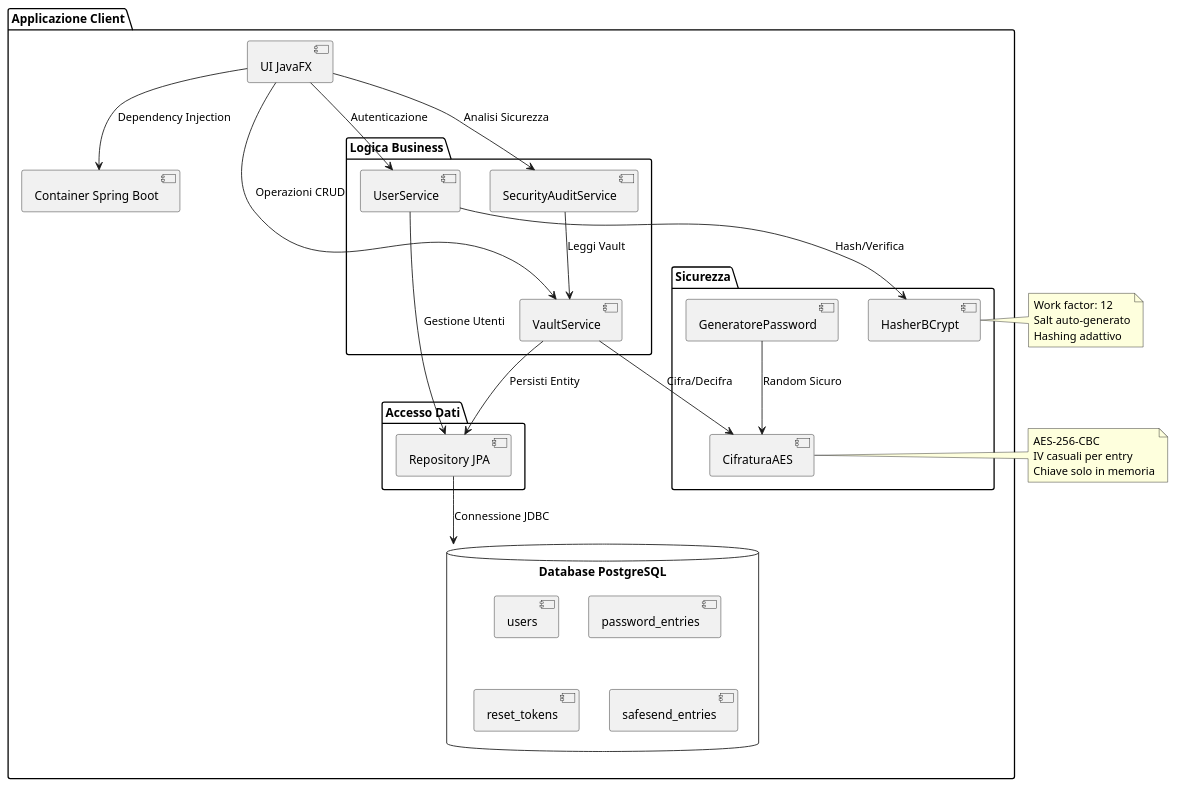
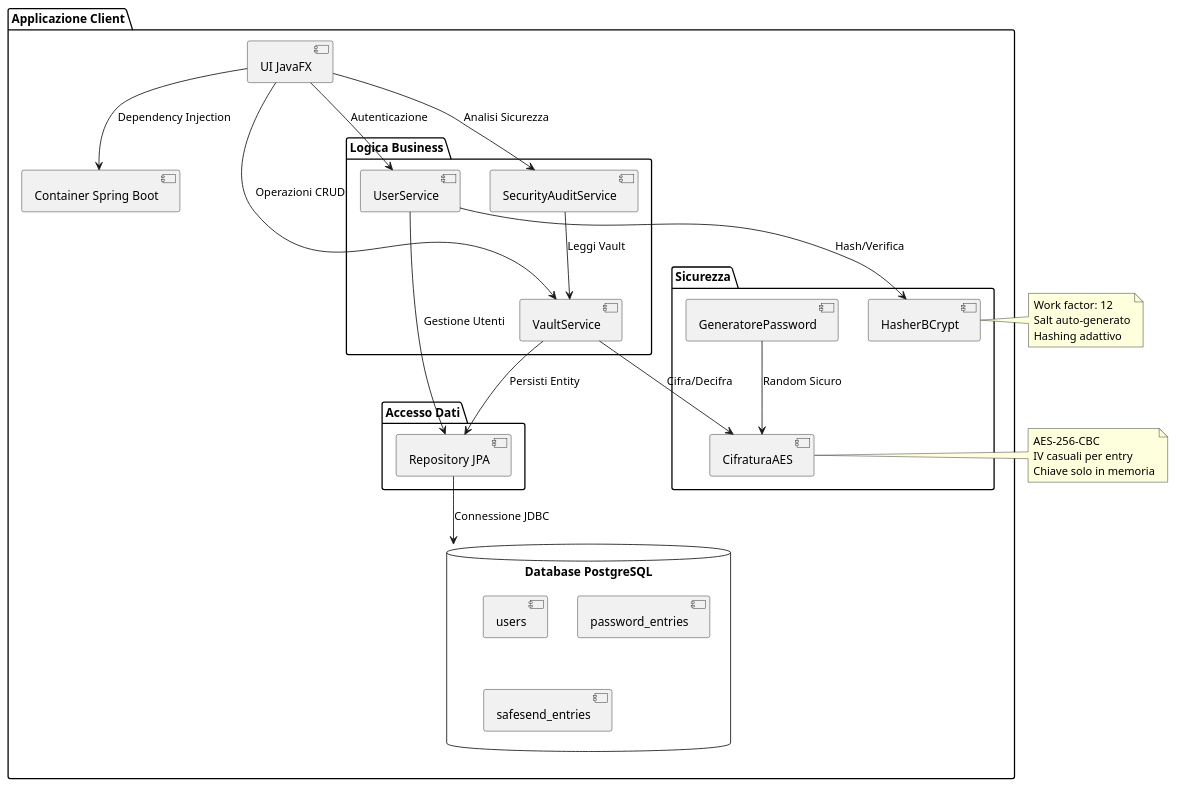
Before and after one commit to DaniaCiampalini/SafeCoreProject: the tenth of 10 diagrams in README.it.md, drawn with PlantUML. The commit also changed other lines of this file and 1 other file, not shown here.

````diff
--- a/README.it.md
+++ b/README.it.md
@@ -2103,59 +2105,58 @@
 ```plantuml
 @startuml
 package "Applicazione Client" {
   component [UI JavaFX] as UI
   component [Container Spring Boot] as Spring
   
   package "Logica Business" {
     component [VaultService] as Vault
     component [SecurityAuditService] as Audit
     component [UserService] as User
   }
   
   package "Sicurezza" {
     component [CifraturaAES] as AES
     component [HasherBCrypt] as BCrypt
     component [GeneratorePassword] as Gen
   }
   
   package "Accesso Dati" {
     component [Repository JPA] as JPA
   }
   
   database "Database PostgreSQL" as DB {
     storage [users]
     storage [password_entries]
-    storage [reset_tokens]
     storage [safesend_entries]
   }
 }
 
 UI --> Spring : Dependency Injection
 UI --> Vault : Operazioni CRUD
 UI --> Audit : Analisi Sicurezza
 UI --> User : Autenticazione
 
 Vault --> AES : Cifra/Decifra
 User --> BCrypt : Hash/Verifica
 Gen --> AES : Random Sicuro
 
 Vault --> JPA : Persisti Entity
 User --> JPA : Gestione Utenti
 Audit --> Vault : Leggi Vault
 
 JPA --> DB : Connessione JDBC
 
 note right of AES
   AES-256-CBC
   IV casuali per entry
   Chiave solo in memoria
 end note
 
 note right of BCrypt
   Work factor: 12
   Salt auto-generato
   Hashing adattivo
 end note
 
 @enduml
 ```
````
